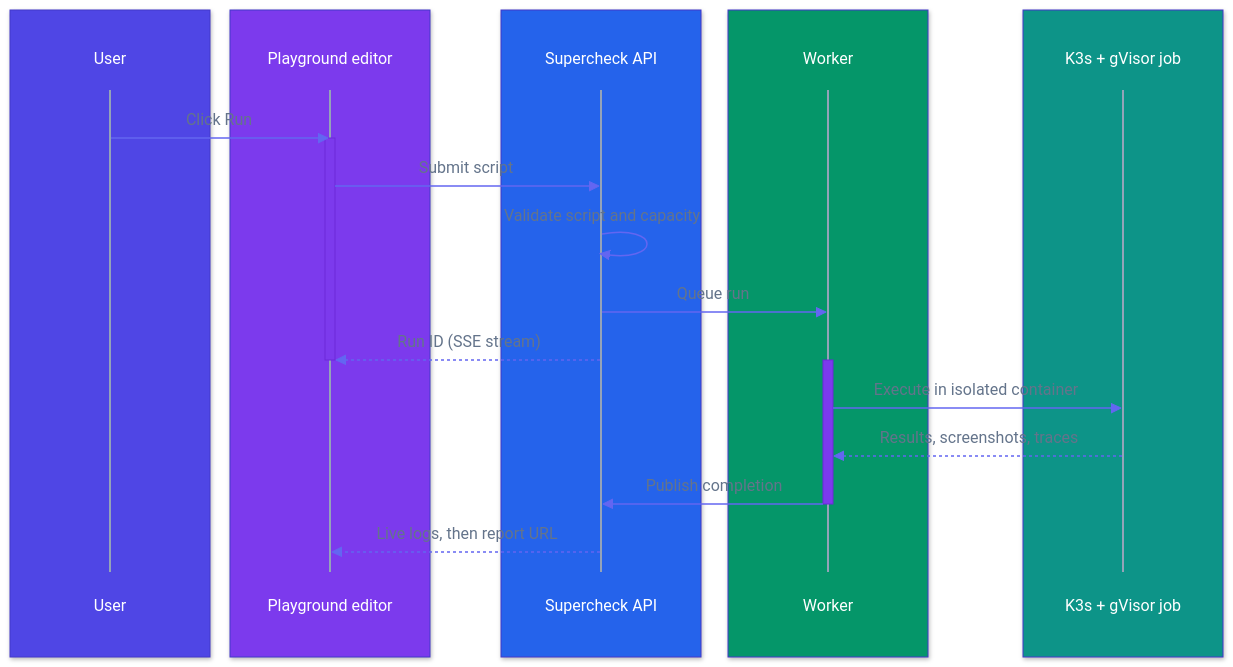
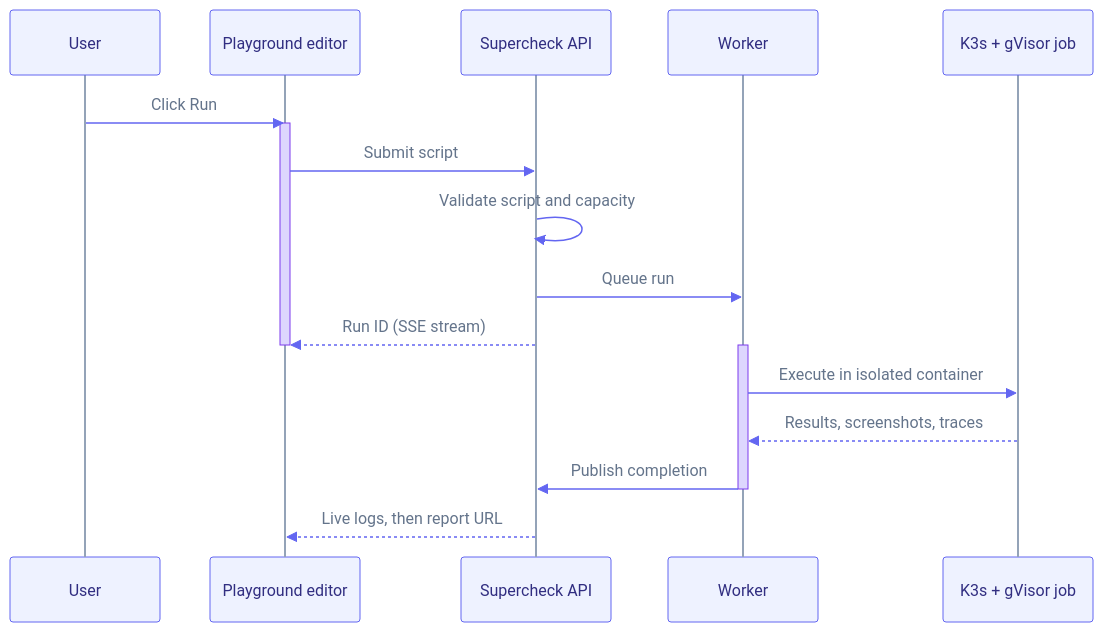
The diagram in docs/content/docs/app/automate/playground.mdx (supercheck-io/supercheck), drawn with Mermaid before and after one commit. The commit also changed 11 other files, not shown here.

First line of the commit message:
docs: clean up sequence diagram colors and readability

````diff
--- a/docs/content/docs/app/automate/playground.mdx
+++ b/docs/content/docs/app/automate/playground.mdx
@@ -25,33 +25,23 @@
 ```mermaid
-%%{init: {"theme":"base","themeVariables":{"fontFamily":"ui-sans-serif, system-ui, -apple-system, Segoe UI, Roboto, sans-serif","primaryColor":"#6366f1","primaryTextColor":"#ffffff","primaryBorderColor":"#4338ca","lineColor":"#94a3b8","actorBkg":"transparent","actorBorder":"transparent","actorTextColor":"#ffffff","actorLineColor":"#94a3b8","signalColor":"#6366f1","signalTextColor":"#64748b","labelBoxBkgColor":"#d97706","labelBoxBorderColor":"#b45309","labelTextColor":"#ffffff","loopTextColor":"#64748b","activationBkgColor":"#7c3aed","activationBorderColor":"#6d28d9","noteBkgColor":"#d97706","noteBorderColor":"#b45309","noteTextColor":"#ffffff","textColor":"#64748b","mainBkg":"#ffffff"}}}%%
+%%{init: {"theme":"base","themeVariables":{"fontFamily":"ui-sans-serif, system-ui, -apple-system, Segoe UI, Roboto, sans-serif","actorBkg":"#eef2ff","actorBorder":"#6366f1","actorTextColor":"#312e81","actorLineColor":"#94a3b8","signalColor":"#6366f1","signalTextColor":"#64748b","labelBoxBkgColor":"#fef3c7","labelBoxBorderColor":"#d97706","labelTextColor":"#78350f","loopTextColor":"#64748b","activationBkgColor":"#ddd6fe","activationBorderColor":"#7c3aed","noteBkgColor":"#fef3c7","noteBorderColor":"#d97706","noteTextColor":"#78350f","textColor":"#64748b","lineColor":"#94a3b8","mainBkg":"transparent"}}}%%
 sequenceDiagram
-    box rgb(79,70,229)
-        participant User
-    end
-    box rgb(124,58,237)
-        participant Editor as Playground editor
-    end
-    box rgb(37,99,235)
-        participant API as Supercheck API
-    end
-    box rgb(5,150,105)
-        participant Worker
-    end
-    box rgb(13,148,136)
-        participant Sandbox as K3s + gVisor job
-    end
+    participant User
+    participant Editor as Playground editor
+    participant API as Supercheck API
+    participant Worker
+    participant Sandbox as K3s + gVisor job
 
     User->>Editor: Click Run
     activate Editor
     Editor->>API: Submit script
     API->>API: Validate script and capacity
     API->>Worker: Queue run
     API-->>Editor: Run ID (SSE stream)
     deactivate Editor
     activate Worker
     Worker->>Sandbox: Execute in isolated container
     Sandbox-->>Worker: Results, screenshots, traces
     Worker->>API: Publish completion
     deactivate Worker
     API-->>Editor: Live logs, then report URL
 ```
````
